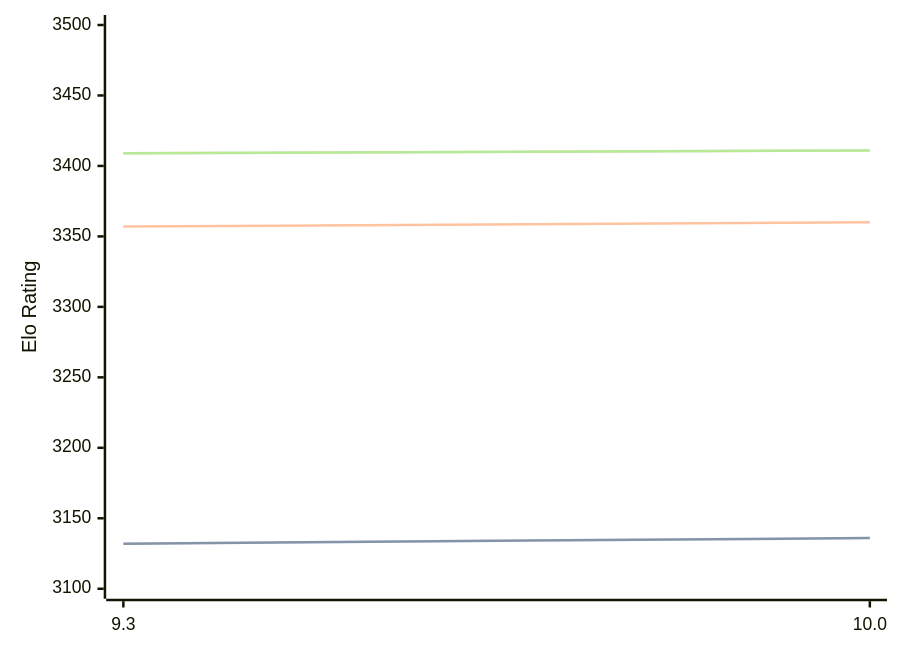
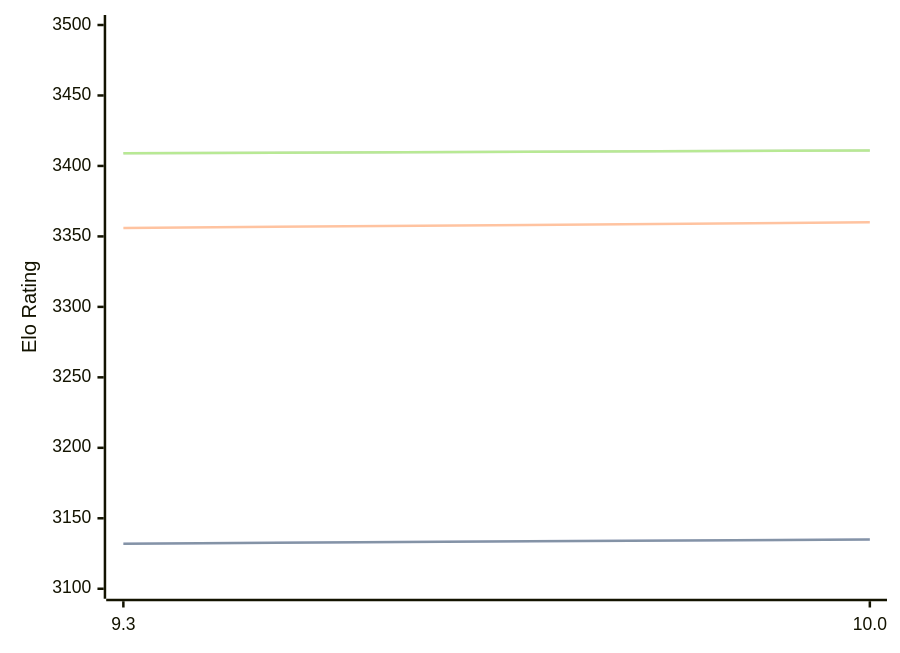
One commit to computer-chess-index/cci changed the first of 3 diagrams in engines/Fire.md. Above: the diagram before and after it, drawn with Mermaid. The commit also changed other lines of this file, not shown here.

````diff
--- a/engines/Fire.md
+++ b/engines/Fire.md
@@ -47,11 +47,11 @@
 ```mermaid
 %%{init: {"theme":"base","themeVariables":{"seriesColors:['#a3a3a3','#222221','#faa371']}}}%%
 xychart-beta
   x-axis ["9.3", "10.0"]
   y-axis "Elo Rating" 3100 --> 3500
-  line "STC (8.0+0.08s)" [3132, 3136]
-  line "STC (8.0+0.08s)" [3132, 3136]
-  line "LTC (60.0+0.60s)" [3357, 3360]
+  line "STC (8.0+0.08s)" [3132, 3135]
+  line "STC (8.0+0.08s)" [3132, 3135]
+  line "LTC (60.0+0.60s)" [3356, 3360]
   line "VLTC (2m24s+1.12s)" [3409, 3411]
   line "VLTC (2m24s+1.12s)" [3409, 3411]
 ```
````
